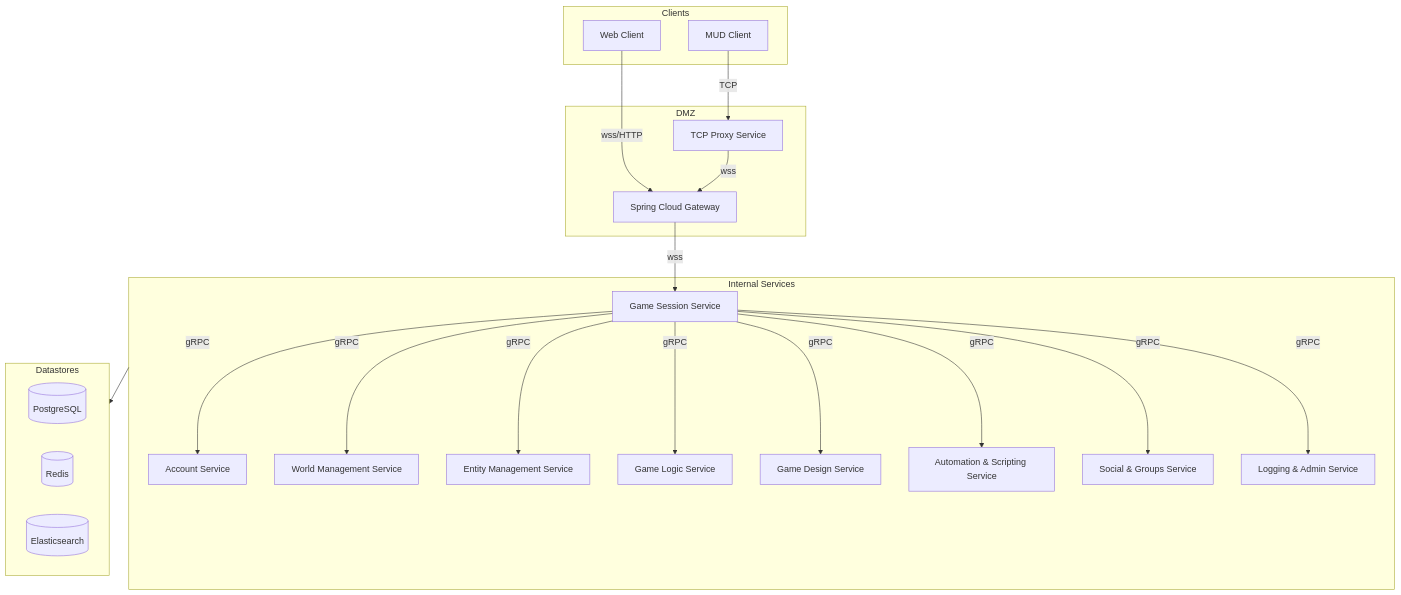
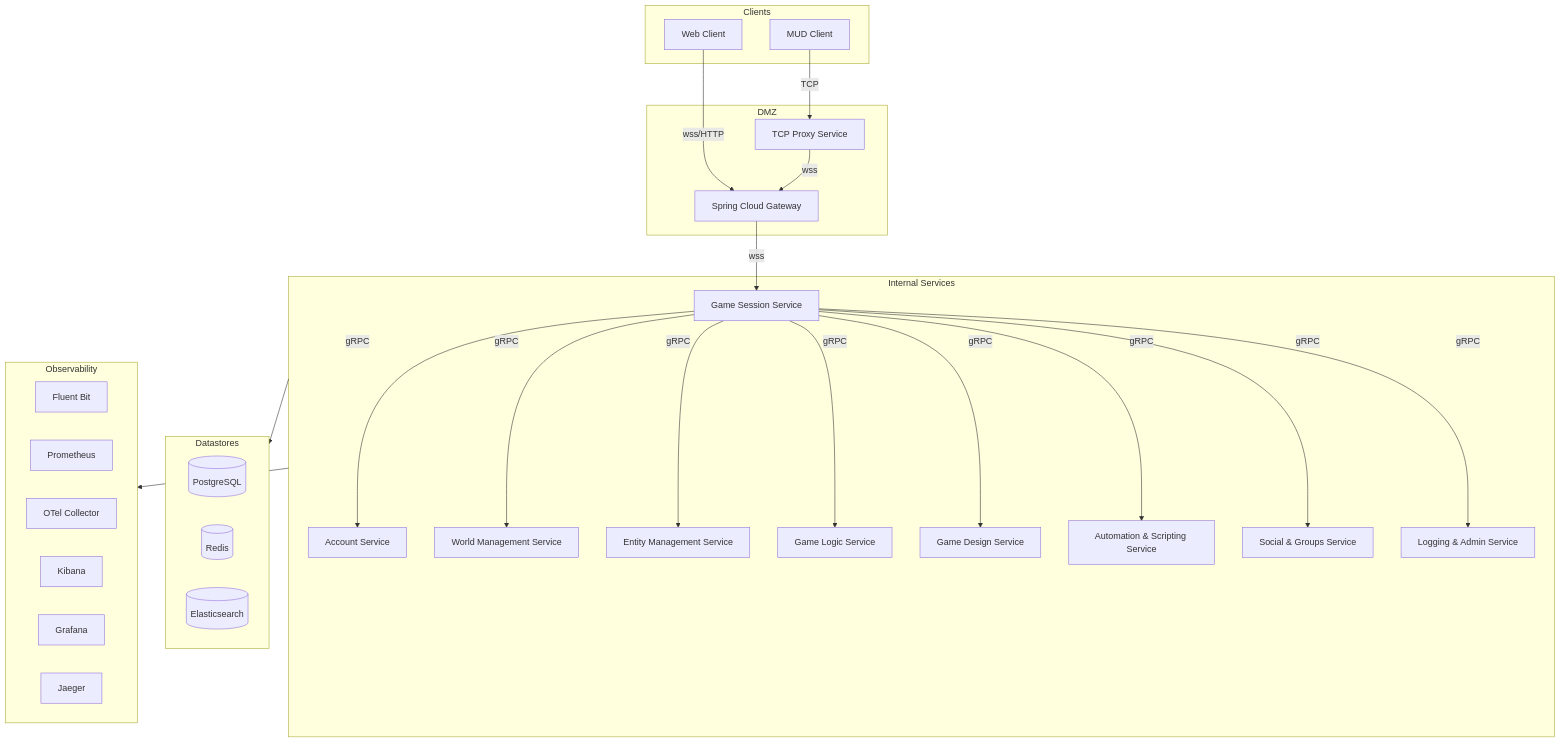
Before and after one commit to benhook1013/FireMUD: the diagram in design/architecture/system-architecture-diagram.md, drawn with Mermaid. The commit also changed other lines of this file, not shown here.

Commit message:
docs: expand system architecture diagram

````diff
--- a/design/architecture/system-architecture-diagram.md
+++ b/design/architecture/system-architecture-diagram.md
@@ -3,46 +3,56 @@
 ```mermaid
 flowchart TD
     subgraph Clients
         MUD[MUD Client]
         Web[Web Client]
     end
 
     subgraph DMZ
         TCPProxy[TCP Proxy Service]
         Gateway[Spring Cloud Gateway]
     end
 
     subgraph InternalServices["Internal Services"]
         Session[Game Session Service]
         Account[Account Service]
         World[World Management Service]
         Entity[Entity Management Service]
         Logic[Game Logic Service]
         Design[Game Design Service]
         Script[Automation & Scripting Service]
         Social[Social & Groups Service]
         Logging[Logging & Admin Service]
     end
 
     subgraph Datastores
         DB[(PostgreSQL)]
         Cache[(Redis)]
         ES[(Elasticsearch)]
     end
 
+    subgraph Observability
+        FluentBit[Fluent Bit]
+        Prom[Prometheus]
+        OTel[OTel Collector]
+        Kibana[Kibana]
+        Grafana[Grafana]
+        Jaeger[Jaeger]
+    end
+
     MUD -- TCP --> TCPProxy
     Web -- wss/HTTP --> Gateway
     TCPProxy -- wss --> Gateway
     Gateway -- wss --> Session
 
     Session -- gRPC --> Account
     Session -- gRPC --> World
     Session -- gRPC --> Entity
     Session -- gRPC --> Logic
     Session -- gRPC --> Design
     Session -- gRPC --> Script
     Session -- gRPC --> Social
     Session -- gRPC --> Logging
 
     InternalServices --> Datastores
+    InternalServices --> Observability
 ```
````
